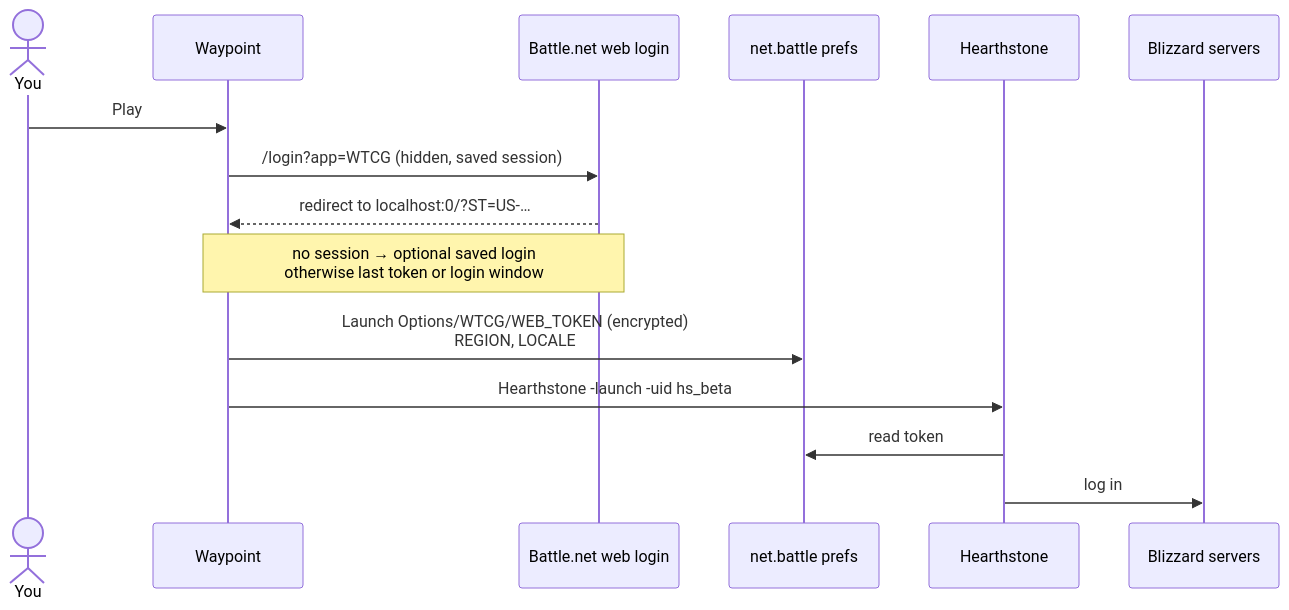
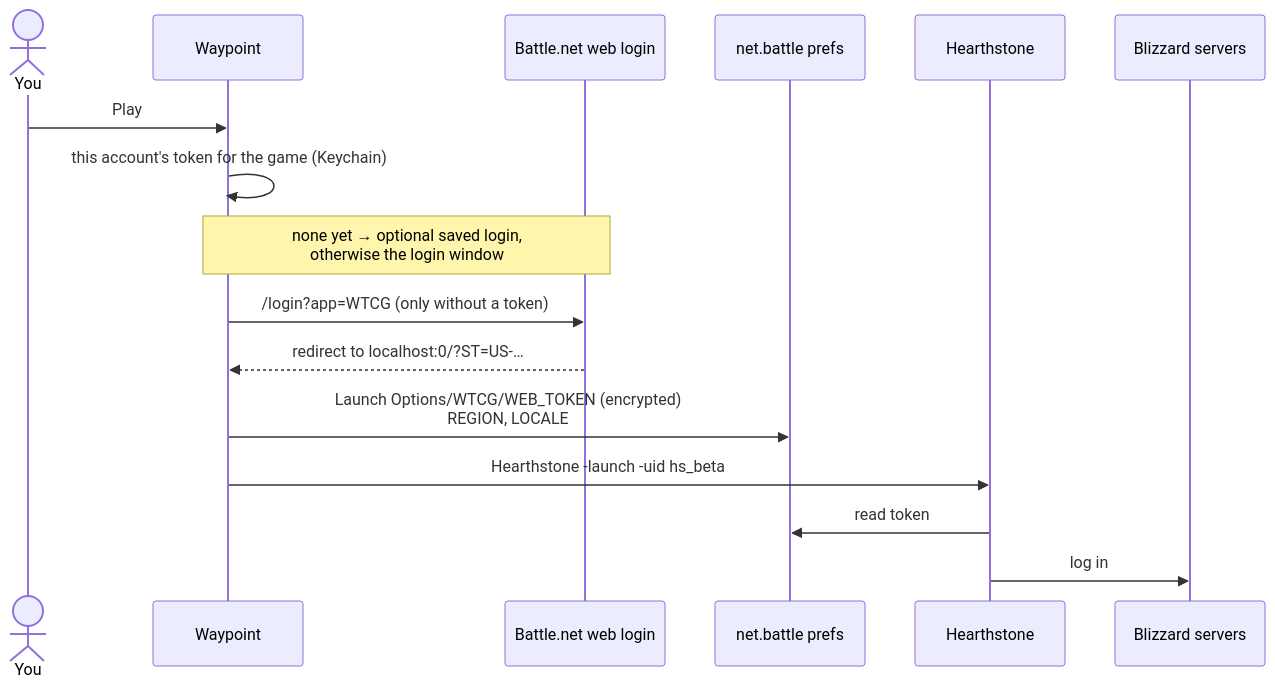
The diagram in README.md (wowlocal/waypoint-launcher), drawn with Mermaid before and after one commit. The commit also changed other lines of this file and 9 other files, not shown here.

````diff
--- a/README.md
+++ b/README.md
@@ -163,18 +164,19 @@
 ```mermaid
 sequenceDiagram
     actor You
     participant W as Waypoint
     participant L as Battle.net web login
     participant P as net.battle prefs
     participant G as Hearthstone
     participant S as Blizzard servers
 
     You->>W: Play
-    W->>L: /login?app=WTCG (hidden, saved session)
+    W->>W: this account's token for the game (Keychain)
+    Note over W,L: none yet → optional saved login,<br/>otherwise the login window
+    W->>L: /login?app=WTCG (only without a token)
     L-->>W: redirect to localhost:0/?ST=US-…
-    Note over W,L: no session → optional saved login<br/>otherwise last token or login window
     W->>P: Launch Options/WTCG/WEB_TOKEN (encrypted)<br/>REGION, LOCALE
     W->>G: Hearthstone -launch -uid hs_beta
     G->>P: read token
     G->>S: log in
 ```
````
